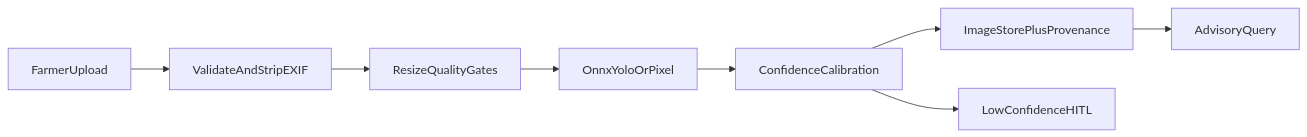
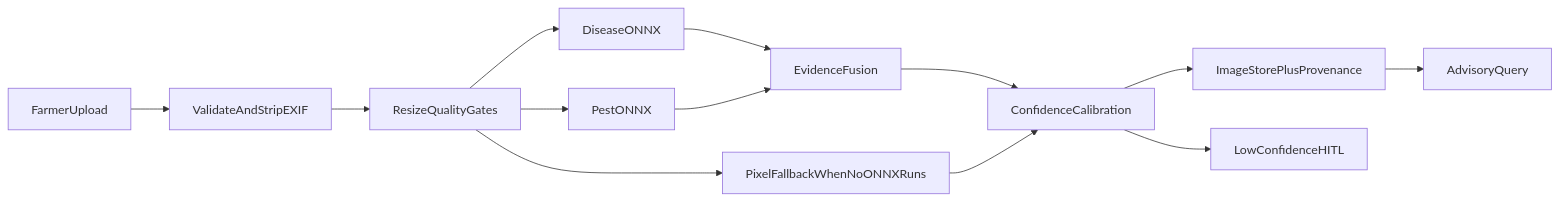
Before and after one commit to MUKUL-PRASAD-SIGH/SasyaAI: the diagram in Docs/VISION_PIPELINE.md, drawn with Mermaid. The commit also changed other lines of this file and 7 other files, not shown here.

Commit message:
feat(vision): add dual disease and pest specialists

````diff
--- a/Docs/VISION_PIPELINE.md
+++ b/Docs/VISION_PIPELINE.md
@@ -29,10 +31,15 @@
 ```mermaid
 flowchart LR
     upload[FarmerUpload] --> validate[ValidateAndStripEXIF]
     validate --> preprocess[ResizeQualityGates]
-    preprocess --> infer[OnnxYoloOrPixel]
-    infer --> calibrate[ConfidenceCalibration]
+    preprocess --> disease[DiseaseONNX]
+    preprocess --> pest[PestONNX]
+    disease --> fuse[EvidenceFusion]
+    pest --> fuse
+    preprocess --> pixel[PixelFallbackWhenNoONNXRuns]
+    fuse --> calibrate[ConfidenceCalibration]
+    pixel --> calibrate
     calibrate --> store[ImageStorePlusProvenance]
     store --> advisory[AdvisoryQuery]
     calibrate --> hitl[LowConfidenceHITL]
 ```
````
